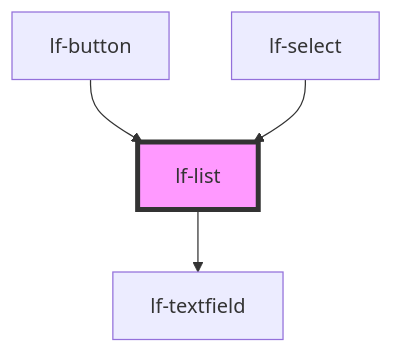
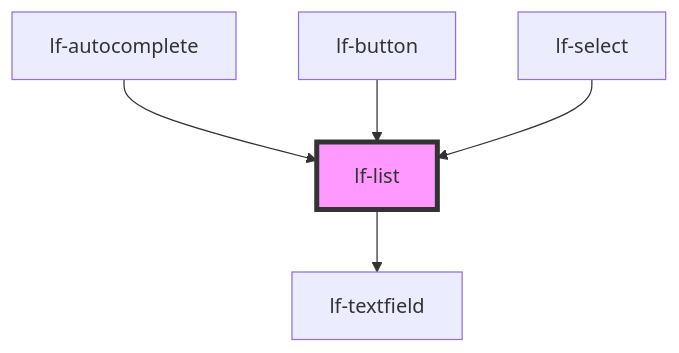
The diagram in packages/core/src/components/lf-list/readme.md (lucafoscili/lf-widgets), drawn with Mermaid before and after one commit. The commit also changed other lines of this file and 10 other files, not shown here.

````diff
--- a/packages/core/src/components/lf-list/readme.md
+++ b/packages/core/src/components/lf-list/readme.md
@@ -217,7 +218,8 @@
 ```mermaid
 graph TD;
   lf-list --> lf-textfield
+  lf-autocomplete --> lf-list
   lf-button --> lf-list
   lf-select --> lf-list
   style lf-list fill:#f9f,stroke:#333,stroke-width:4px
 ```
````
